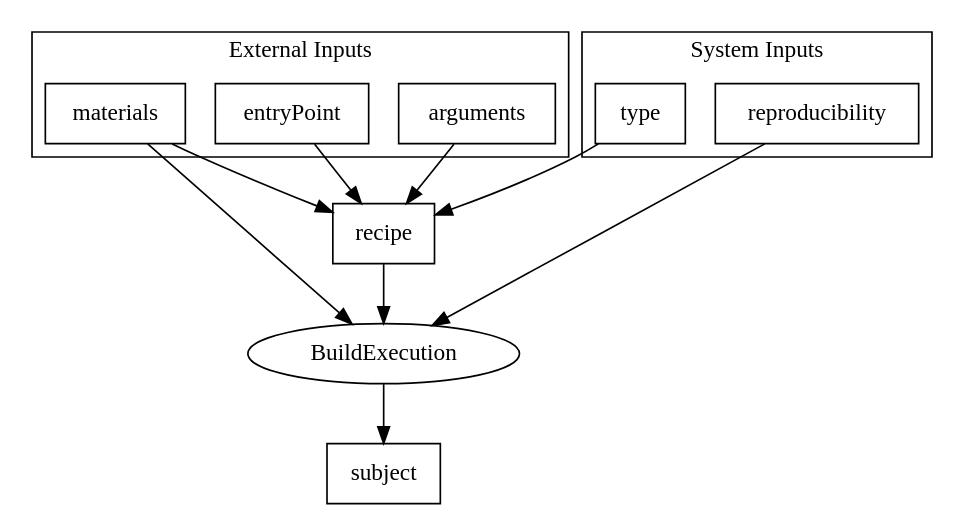
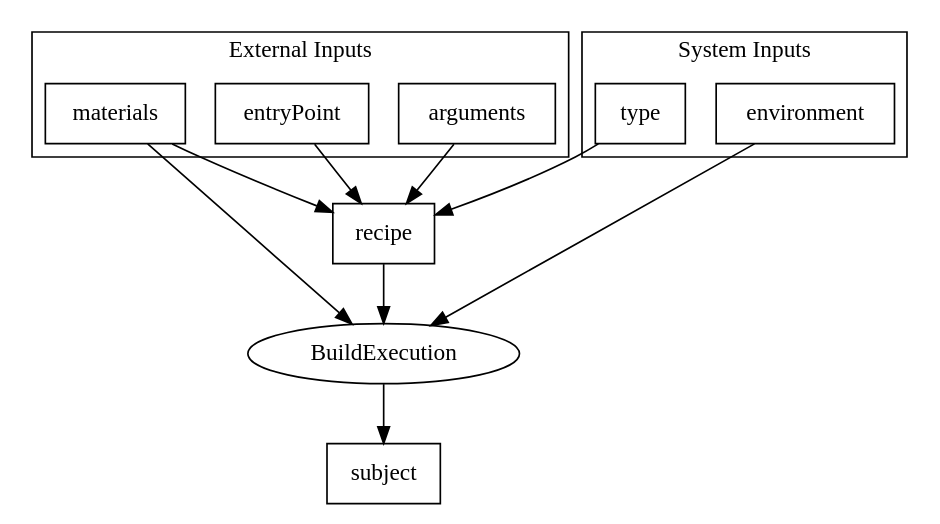
One commit to slsa-framework/slsa changed the diagram in images/provenance.dot. Above: the diagram before and after it, drawn with Graphviz. The commit also changed 2 other files, not shown here.

Commit message:
Rename reproducibility to environment (#14)
The original name misleadingly sounded like whether it was reproducible,
as opposed to the type.

The word `environment` matches in-toto's current usage and also better
conveys that these are builder-controlled parameters.

```diff
--- a/images/provenance.dot
+++ b/images/provenance.dot
@@ -1,17 +1,17 @@
 digraph {
   node [shape=rect];
   subgraph cluster_external {
     label="External Inputs";
     materials;
     entryPoint;
     arguments;
   }
   subgraph cluster_system {
     label="System Inputs";
-    reproducibility;
+    environment;
     type;
   }
   BuildExecution [shape=oval];
   {type, entryPoint, arguments, materials} -> recipe;
-  {recipe, materials, reproducibility} -> BuildExecution -> subject;
+  {recipe, materials, environment} -> BuildExecution -> subject;
 }
```
